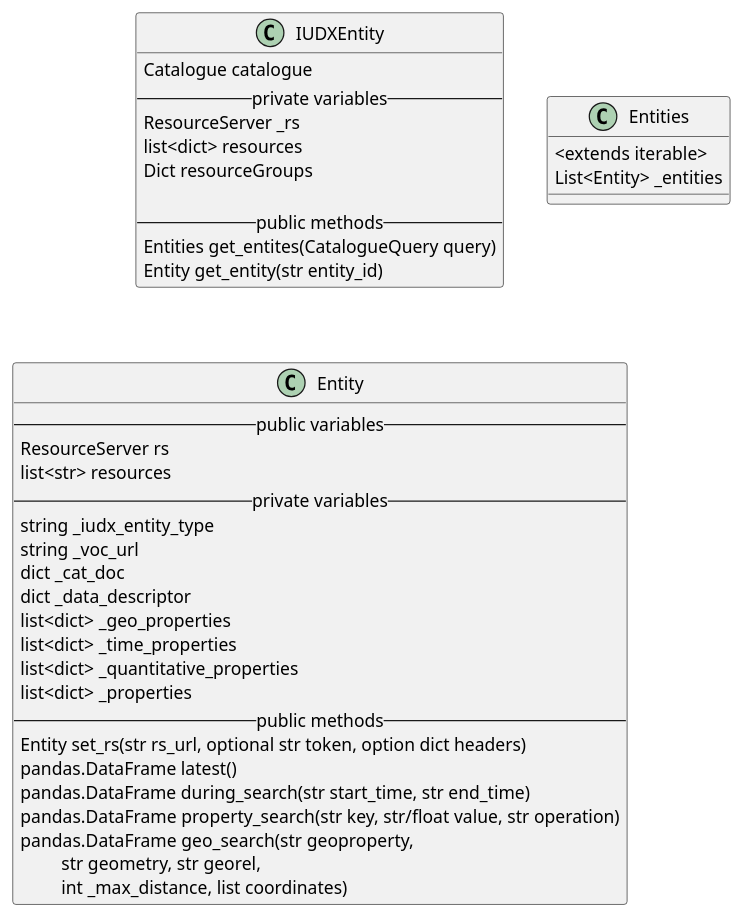
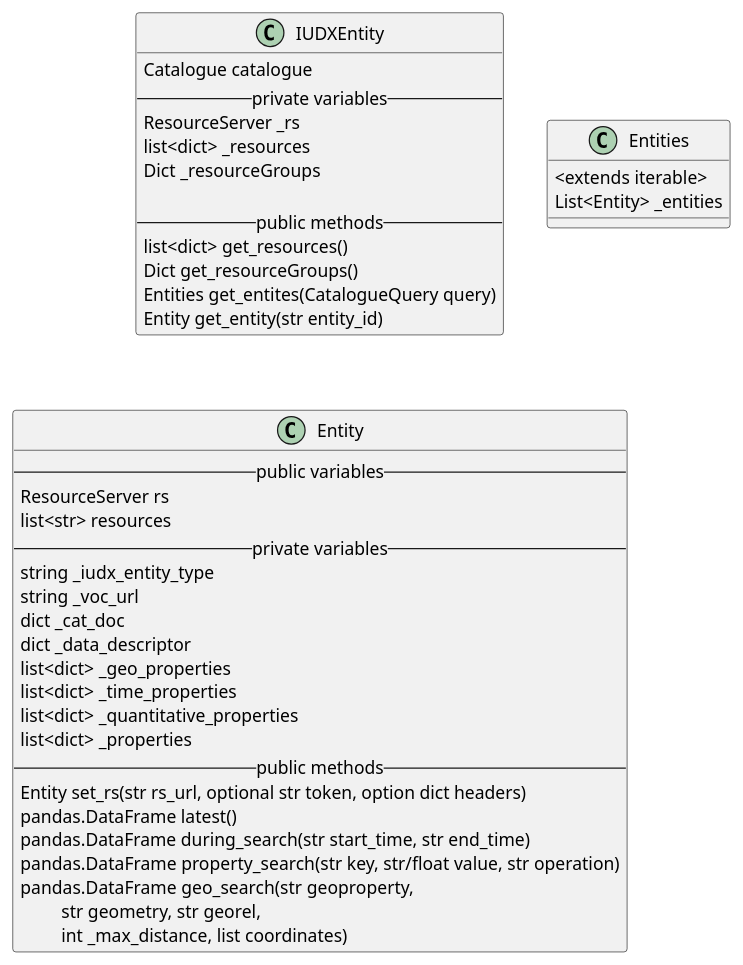
The diagram in docs/diagrams/IUDXEntity.puml (datakaveri/iudx-python-sdk), drawn with PlantUML before and after one commit. The commit also changed 1 other file, not shown here.

```diff
--- a/docs/diagrams/IUDXEntity.puml
+++ b/docs/diagrams/IUDXEntity.puml
@@ -1,43 +1,45 @@
 @startuml
 class IUDXEntity  {
   Catalogue catalogue
   -- private variables --
   ResourceServer _rs
-  list<dict> resources
-  Dict resourceGroups
+  list<dict> _resources
+  Dict _resourceGroups
 
   -- public methods --
+  list<dict> get_resources()
+  Dict get_resourceGroups()
   Entities get_entites(CatalogueQuery query)
   Entity get_entity(str entity_id)
 }
 
 
 class Entities {
     <extends iterable>
     List<Entity> _entities
 }
 
 
 class Entity {
     -- public variables --
     ResourceServer rs
     list<str> resources
     -- private variables --
     string _iudx_entity_type
     string _voc_url
     dict _cat_doc
     dict _data_descriptor
     list<dict> _geo_properties
     list<dict> _time_properties
     list<dict> _quantitative_properties
     list<dict> _properties
     -- public methods --
     Entity set_rs(str rs_url, optional str token, option dict headers)
     pandas.DataFrame latest()
     pandas.DataFrame during_search(str start_time, str end_time)
     pandas.DataFrame property_search(str key, str/float value, str operation)
     pandas.DataFrame geo_search(str geoproperty,
         \t str geometry, str georel, 
         \t int _max_distance, list coordinates)
 }
 @enduml
```
